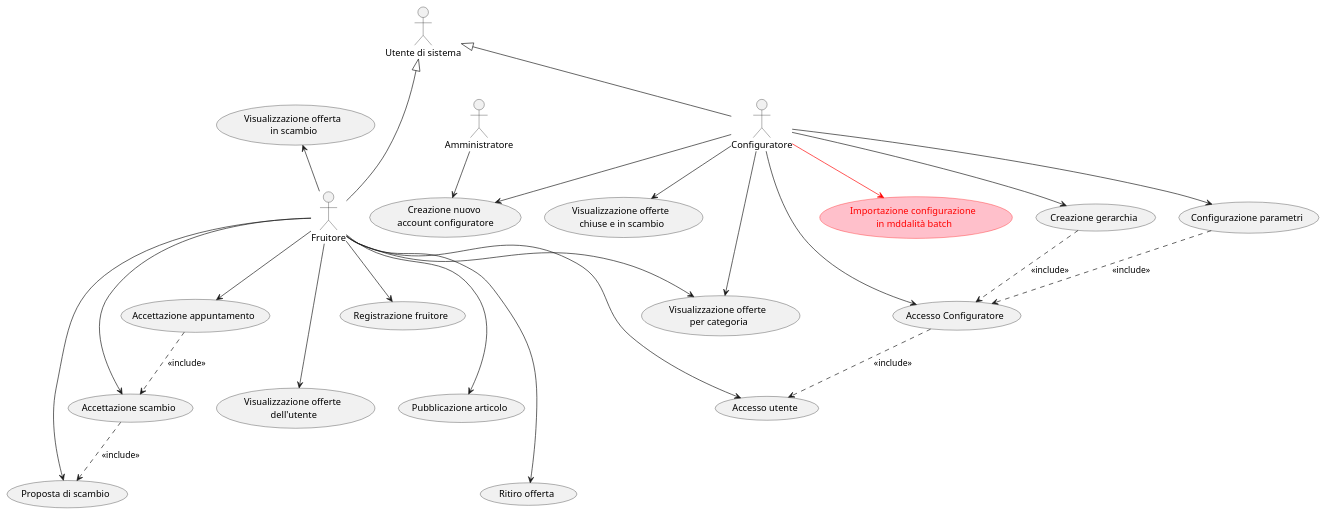
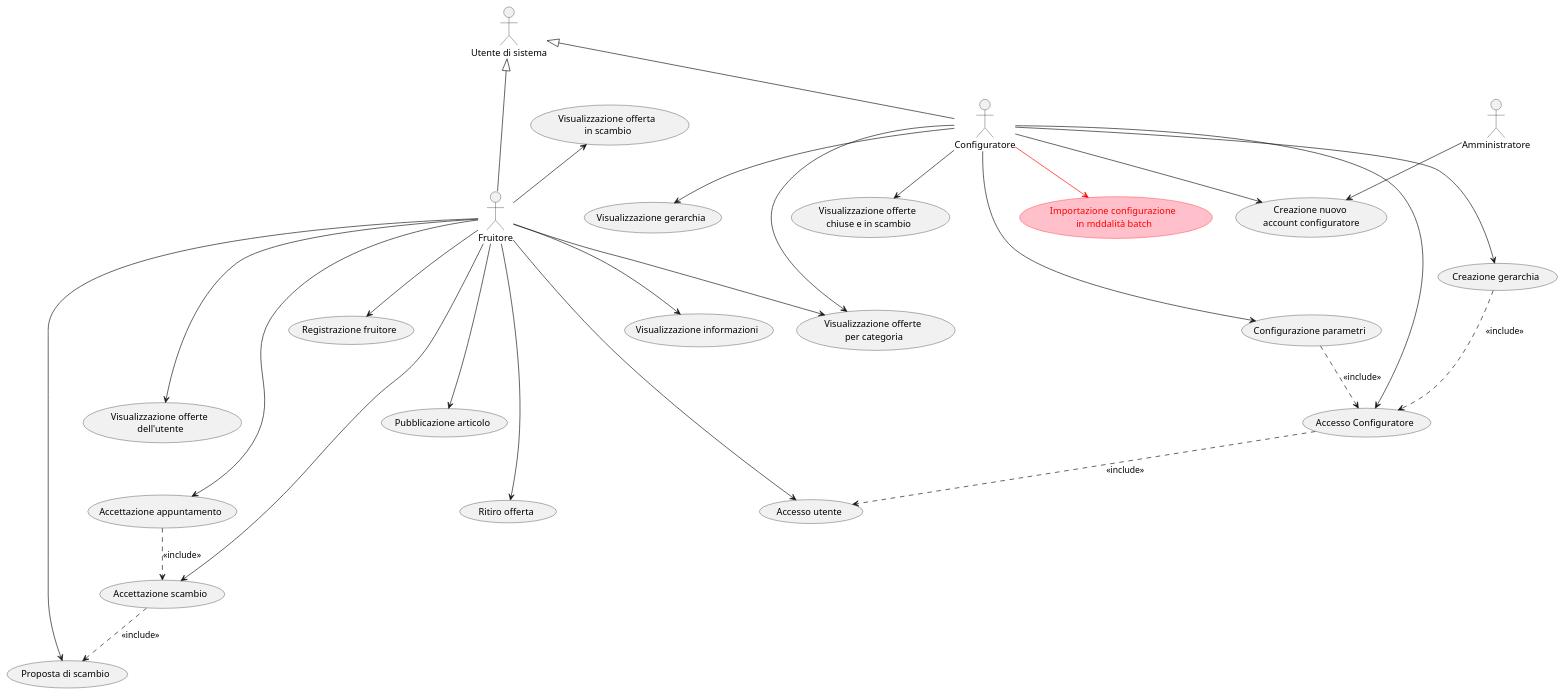
The diagram in DOC/VER5/diagrams/use_case/version_5.puml (Matlice/ing_sw_2022), drawn with PlantUML before and after one commit. The commit also changed 10 other files, not shown here.

```diff
--- a/DOC/VER5/diagrams/use_case/version_5.puml
+++ b/DOC/VER5/diagrams/use_case/version_5.puml
@@ -1,65 +1,70 @@
 @startuml
 
 :Utente di sistema: as user
 :Configuratore: as conf
 :Amministratore: as adm
 
 conf -up-|> user
 conf --> (Accesso Configuratore)
 conf --> (Creazione gerarchia)
 
 adm --> (Creazione nuovo \naccount configuratore)
 conf --> (Creazione nuovo \naccount configuratore)
+
+conf --> (Visualizzazione gerarchia)
 
 (Accesso Configuratore) ..> (Accesso utente): <<include>>
 (Creazione gerarchia) ..> (Accesso Configuratore): <<include>>
 
 :Fruitore: as fruit
 
 fruit -up-|> user
 
 (Configurazione parametri)
 (Registrazione fruitore)
 
 conf --> (Configurazione parametri)
 fruit --> (Registrazione fruitore)
 fruit --> (Accesso utente)
 (Configurazione parametri) ..> (Accesso Configuratore) : <<include>>
 
 fruit --> (Pubblicazione articolo)
 fruit --> (Ritiro offerta)
 fruit --> (Visualizzazione offerte \nper categoria)
 conf --> (Visualizzazione offerte \nper categoria)
+fruit --> (Visualizzazione informazioni)
 fruit --> (Visualizzazione offerte \ndell'utente)
 
 (Proposta di scambio)
 (Accettazione scambio)
 (Accettazione appuntamento)
 (Visualizzazione offerta \nin scambio)
 (Visualizzazione offerte \nchiuse e in scambio)
 
 fruit --> (Proposta di scambio)
 fruit --> (Accettazione scambio)
 fruit --> (Accettazione appuntamento)
 fruit -up-> (Visualizzazione offerta \nin scambio)
 conf --> (Visualizzazione offerte \nchiuse e in scambio)
 
 (Accettazione appuntamento) ..> (Accettazione scambio) : <<include>>
 (Accettazione scambio) ..> (Proposta di scambio) : <<include>>
 
 (Visualizzazione offerte \nchiuse e in scambio) -[hidden]- (Visualizzazione offerte \nper categoria)
 (Registrazione fruitore) -[hidden]- (Pubblicazione articolo)
 (Pubblicazione articolo) -[hidden]- (Ritiro offerta)
 (Registrazione fruitore) -[hidden]- (Visualizzazione offerte \ndell'utente)
 (Accettazione appuntamento) -[hidden]- (Visualizzazione offerte \ndell'utente)
 
 'VERSIONE 5 ==========================================
 
 (Importazione configurazione \nin mddalità batch) #pink;line:red;text:red
 
 conf --> (Importazione configurazione \nin mddalità batch) #red;text:red
 
-(Registrazione fruitore) -[hidden]- (Pubblicazione articolo)
-(Registrazione fruitore) -[hidden]- (Visualizzazione offerte \ndell'utente)
+(Visualizzazione offerte \ndell'utente) -[hidden]- (Accettazione appuntamento)
+(Creazione nuovo \naccount configuratore) -[hidden]- (Configurazione parametri)
+'(Creazione nuovo \naccount configuratore) -[hidden]- (Importazione configurazione \nin mddalità batch)
+
 
 @enduml
```
